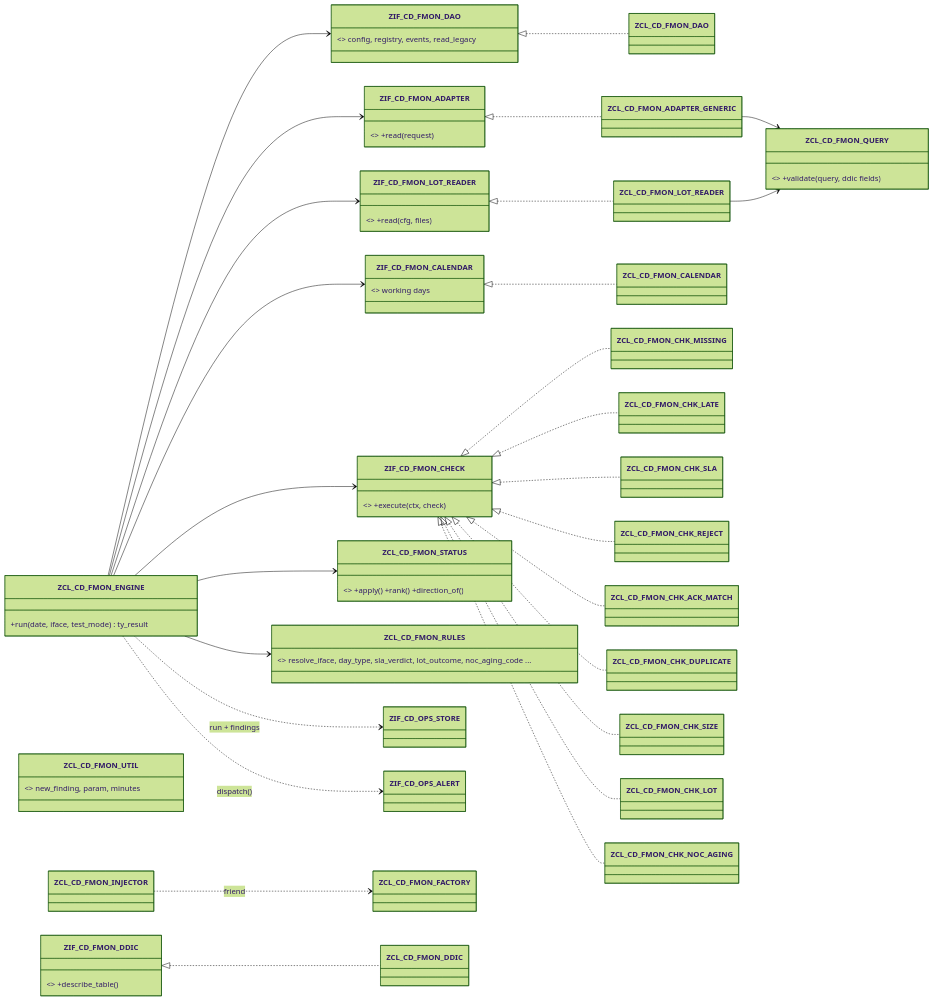
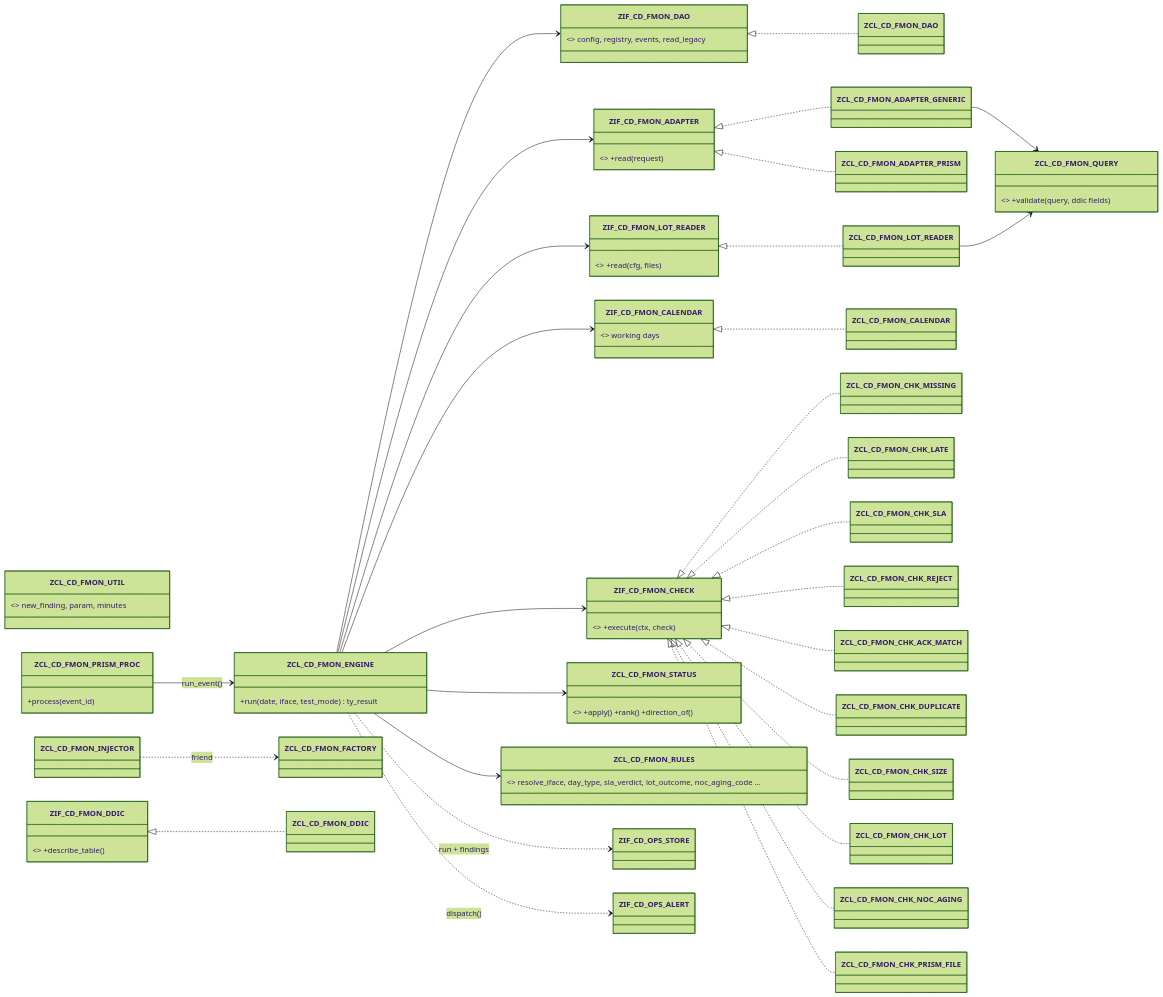
The second of 2 diagrams in ops-suite/docs/FMON_FILE_MONITORING.md (jaideep247/bai), drawn with Mermaid (forest theme) before and after one commit. The commit also changed other lines of this file and 8 other files, not shown here.

First line of the commit message:
docs(ops-suite): PRISM status API in inventory, FMON, implementation order, runbook, auth, QA

````diff
--- a/ops-suite/docs/FMON_FILE_MONITORING.md
+++ b/ops-suite/docs/FMON_FILE_MONITORING.md
@@ -156,43 +180,47 @@
 ```mermaid
 classDiagram
     direction LR
     class ZCL_CD_FMON_ENGINE { +run(date, iface, test_mode) ty_result }
     class ZCL_CD_FMON_STATUS { <<pure>> +apply() +rank() +direction_of() }
     class ZCL_CD_FMON_RULES { <<pure>> resolve_iface, day_type, sla_verdict, lot_outcome, noc_aging_code ... }
     class ZCL_CD_FMON_QUERY { <<pure>> +validate(query, ddic fields) }
     class ZCL_CD_FMON_UTIL { <<pure>> new_finding, param, minutes }
     class ZIF_CD_FMON_DAO { <<interface>> config, registry, events, read_legacy }
     class ZIF_CD_FMON_ADAPTER { <<interface>> +read(request) }
     class ZIF_CD_FMON_LOT_READER { <<interface>> +read(cfg, files) }
     class ZIF_CD_FMON_CALENDAR { <<interface>> working days }
     class ZIF_CD_FMON_DDIC { <<interface>> +describe_table() }
     class ZIF_CD_FMON_CHECK { <<interface>> +execute(ctx, check) }
     class ZCL_CD_FMON_FACTORY
     class ZCL_CD_FMON_INJECTOR
     ZCL_CD_FMON_ENGINE --> ZIF_CD_FMON_DAO
     ZCL_CD_FMON_ENGINE --> ZIF_CD_FMON_ADAPTER
     ZCL_CD_FMON_ENGINE --> ZIF_CD_FMON_LOT_READER
     ZCL_CD_FMON_ENGINE --> ZIF_CD_FMON_CALENDAR
     ZCL_CD_FMON_ENGINE --> ZIF_CD_FMON_CHECK
     ZCL_CD_FMON_ENGINE --> ZCL_CD_FMON_STATUS
     ZCL_CD_FMON_ENGINE --> ZCL_CD_FMON_RULES
     ZCL_CD_FMON_ENGINE ..> ZIF_CD_OPS_STORE : run + findings
     ZCL_CD_FMON_ENGINE ..> ZIF_CD_OPS_ALERT : dispatch()
     ZIF_CD_FMON_DAO <|.. ZCL_CD_FMON_DAO
     ZIF_CD_FMON_ADAPTER <|.. ZCL_CD_FMON_ADAPTER_GENERIC
     ZIF_CD_FMON_LOT_READER <|.. ZCL_CD_FMON_LOT_READER
     ZIF_CD_FMON_CALENDAR <|.. ZCL_CD_FMON_CALENDAR
     ZIF_CD_FMON_DDIC <|.. ZCL_CD_FMON_DDIC
     ZCL_CD_FMON_ADAPTER_GENERIC --> ZCL_CD_FMON_QUERY
     ZCL_CD_FMON_LOT_READER --> ZCL_CD_FMON_QUERY
     ZIF_CD_FMON_CHECK <|.. ZCL_CD_FMON_CHK_MISSING
     ZIF_CD_FMON_CHECK <|.. ZCL_CD_FMON_CHK_LATE
     ZIF_CD_FMON_CHECK <|.. ZCL_CD_FMON_CHK_SLA
     ZIF_CD_FMON_CHECK <|.. ZCL_CD_FMON_CHK_REJECT
     ZIF_CD_FMON_CHECK <|.. ZCL_CD_FMON_CHK_ACK_MATCH
     ZIF_CD_FMON_CHECK <|.. ZCL_CD_FMON_CHK_DUPLICATE
     ZIF_CD_FMON_CHECK <|.. ZCL_CD_FMON_CHK_SIZE
     ZIF_CD_FMON_CHECK <|.. ZCL_CD_FMON_CHK_LOT
     ZIF_CD_FMON_CHECK <|.. ZCL_CD_FMON_CHK_NOC_AGING
+    ZIF_CD_FMON_CHECK <|.. ZCL_CD_FMON_CHK_PRISM_FILE
+    ZIF_CD_FMON_ADAPTER <|.. ZCL_CD_FMON_ADAPTER_PRISM
+    class ZCL_CD_FMON_PRISM_PROC { +process(event_id) }
+    ZCL_CD_FMON_PRISM_PROC --> ZCL_CD_FMON_ENGINE : run_event()
     ZCL_CD_FMON_INJECTOR ..> ZCL_CD_FMON_FACTORY : friend
 ```
````
